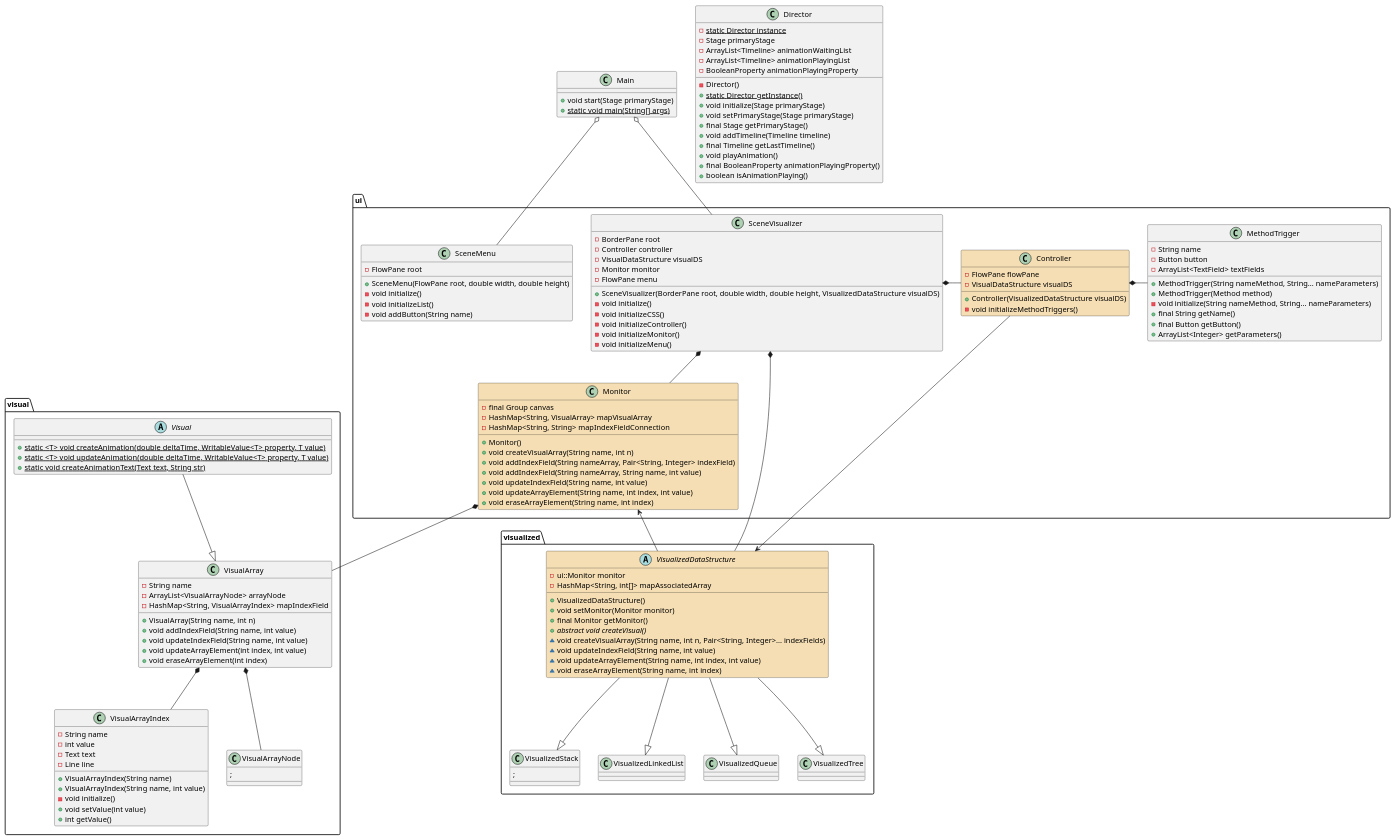
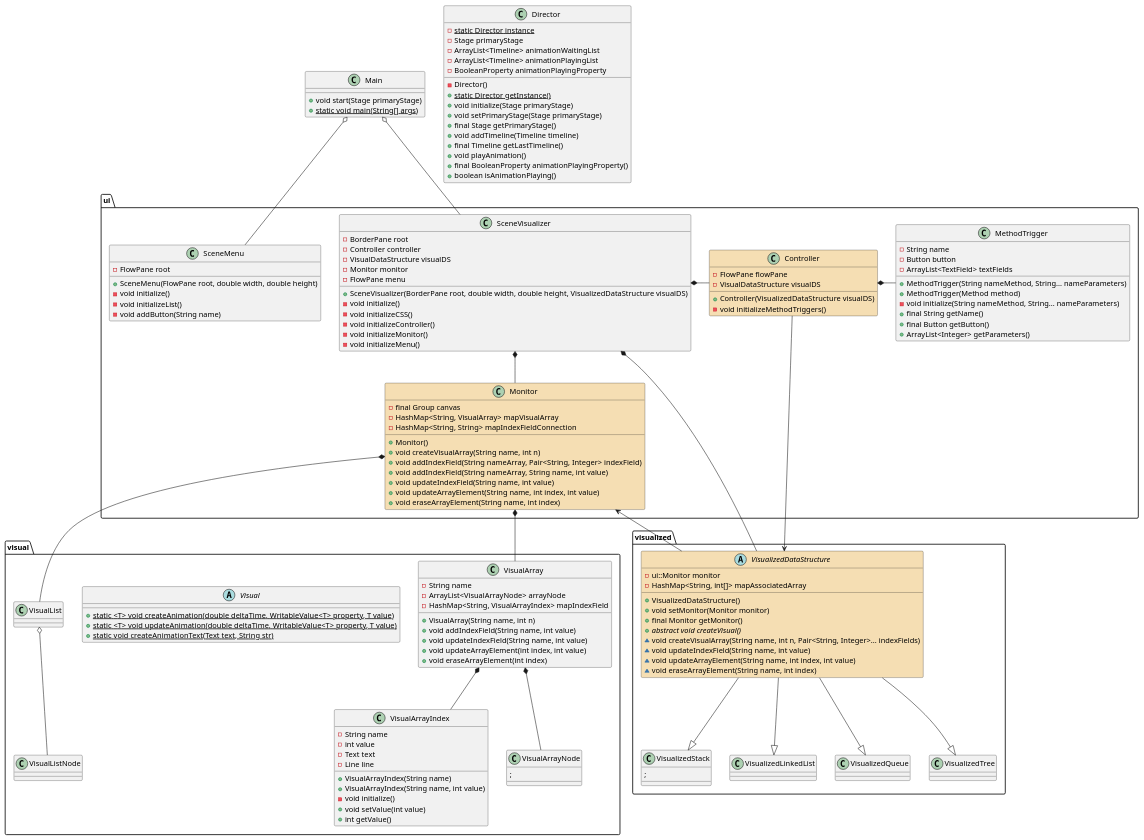
Before and after one commit to JM233333/data-structure-visualizer: the diagram in classDiagram.puml, drawn with PlantUML. The commit also changed 14 other files, not shown here.

```diff
--- a/classDiagram.puml
+++ b/classDiagram.puml
@@ -1,159 +1,160 @@
 @startuml demo
 
 set namespaceSeparator ::
 
 namespace ui {
 
     class SceneMenu {
         - FlowPane root
         + SceneMenu(FlowPane root, double width, double height)
         - void initialize()
         - void initializeList()
         - void addButton(String name)
     }
     class SceneVisualizer {
         - BorderPane root
         - Controller controller
         - VisualDataStructure visualDS
         - Monitor monitor
         - FlowPane menu
         + SceneVisualizer(BorderPane root, double width, double height, VisualizedDataStructure visualDS)
         - void initialize()
         - void initializeCSS()
         - void initializeController()
         - void initializeMonitor()
         - void initializeMenu()
     }
 
     class Controller #Wheat {
         - FlowPane flowPane
         - VisualDataStructure visualDS
         + Controller(VisualizedDataStructure visualDS)
         - void initializeMethodTriggers()
     }
     class MethodTrigger {
         - String name
         - Button button
         - ArrayList<TextField> textFields
         + MethodTrigger(String nameMethod, String... nameParameters)
         + MethodTrigger(Method method)
         - void initialize(String nameMethod, String... nameParameters)
         + final String getName()
         + final Button getButton()
         + ArrayList<Integer> getParameters()
     }
     class Monitor #Wheat {
         - final Group canvas
         - HashMap<String, VisualArray> mapVisualArray
         - HashMap<String, String> mapIndexFieldConnection
         + Monitor()
         + void createVisualArray(String name, int n)
         + void addIndexField(String nameArray, Pair<String, Integer> indexField)
         + void addIndexField(String nameArray, String name, int value)
         + void updateIndexField(String name, int value)
         + void updateArrayElement(String name, int index, int value)
         + void eraseArrayElement(String name, int index)
     }
 
     SceneVisualizer *- Controller
     SceneVisualizer *-- Monitor
     Controller *- MethodTrigger
 
 }
 
 namespace visualized {
 
     abstract class VisualizedDataStructure #Wheat {
         - ui::Monitor monitor
         - HashMap<String, int[]> mapAssociatedArray
         + VisualizedDataStructure()
         + void setMonitor(Monitor monitor)
         + final Monitor getMonitor()
         + {abstract} abstract void createVisual()
         ~ void createVisualArray(String name, int n, Pair<String, Integer>... indexFields)
         ~ void updateIndexField(String name, int value)
         ~ void updateArrayElement(String name, int index, int value)
         ~ void eraseArrayElement(String name, int index)
     }
     class VisualizedStack {
         ;
     }
 
     VisualizedDataStructure --|> VisualizedLinkedList
     VisualizedDataStructure --|> VisualizedStack
     VisualizedDataStructure --|> VisualizedQueue
     VisualizedDataStructure --|> VisualizedTree
 }
 
 namespace visual {
 
     abstract class Visual {
         + {static} static <T> void createAnimation(double deltaTime, WritableValue<T> property, T value)
         + {static} static <T> void updateAnimation(double deltaTime, WritableValue<T> property, T value)
         + {static} static void createAnimationText(Text text, String str)
     }
     class VisualArray {
         - String name
         - ArrayList<VisualArrayNode> arrayNode
         - HashMap<String, VisualArrayIndex> mapIndexField
         + VisualArray(String name, int n)
         + void addIndexField(String name, int value)
         + void updateIndexField(String name, int value)
         + void updateArrayElement(int index, int value)
         + void eraseArrayElement(int index)
     }
     class VisualArrayIndex {
         - String name
         - int value
         - Text text
         - Line line
         + VisualArrayIndex(String name)
         + VisualArrayIndex(String name, int value)
         - void initialize()
         + void setValue(int value)
         + int getValue()
     }
     class VisualArrayNode {
         ;
     }
 
-    Visual --|> VisualArray
     VisualArray *-- VisualArrayIndex
     VisualArray *-- VisualArrayNode
+    VisualList o-- VisualListNode
 }
 
 class Main {
     + void start(Stage primaryStage)
     + {static} static void main(String[] args)
 }
 
 class Director {
     - {static} static Director instance
     - Stage primaryStage
     - ArrayList<Timeline> animationWaitingList
     - ArrayList<Timeline> animationPlayingList
     - BooleanProperty animationPlayingProperty
     - Director()
     + {static} static Director getInstance()
     + void initialize(Stage primaryStage)
     + void setPrimaryStage(Stage primaryStage)
     + final Stage getPrimaryStage()
     + void addTimeline(Timeline timeline)
     + final Timeline getLastTimeline()
     + void playAnimation()
     + final BooleanProperty animationPlayingProperty()
     + boolean isAnimationPlaying()
 }
 
 Main o-- ui::SceneMenu
 Main o-- ui::SceneVisualizer
 
 ui::SceneVisualizer *-- visualized::VisualizedDataStructure
 ui::Controller -down-> visualized::VisualizedDataStructure
 visualized::VisualizedDataStructure -up-> ui::Monitor
 
 ui::Monitor *-- visual::VisualArray
+ui::Monitor *-- visual::VisualList
 
 visualized::VisualizedDataStructure -left[hidden]-> visual::VisualArray
 
 @enduml
```
